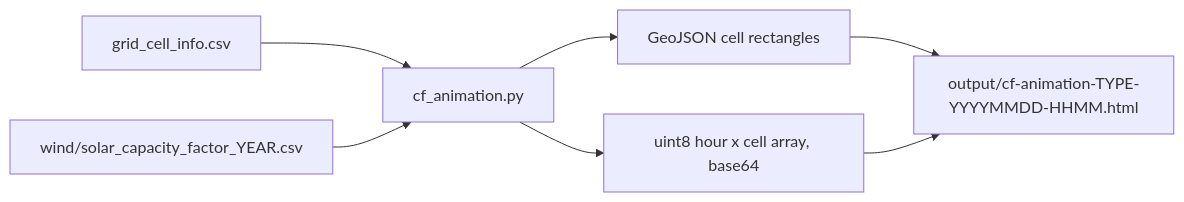
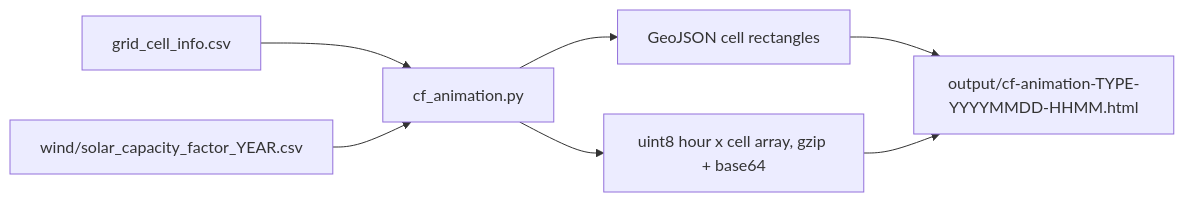
Before and after one commit to jarthorn/flux-match: the diagram in docs/cf-animation.md, drawn with Mermaid. The commit also changed other lines of this file and 2 other files, not shown here.

Commit message:
gzip data and CDN scripts

````diff
--- a/docs/cf-animation.md
+++ b/docs/cf-animation.md
@@ -17,9 +17,9 @@
 ```mermaid
 flowchart LR
     cellInfo["grid_cell_info.csv"] --> build["cf_animation.py"]
     cfTable["wind/solar_capacity_factor_YEAR.csv"] --> build
     build --> geo["GeoJSON cell rectangles"]
-    build --> packed["uint8 hour x cell array, base64"]
+    build --> packed["uint8 hour x cell array, gzip + base64"]
     geo --> html["output/cf-animation-TYPE-YYYYMMDD-HHMM.html"]
     packed --> html
 ```
````
